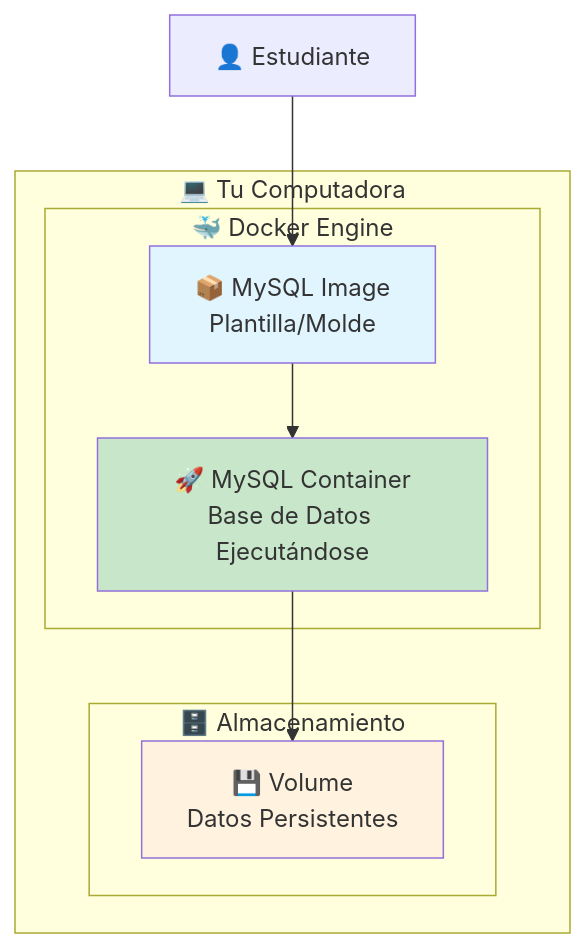
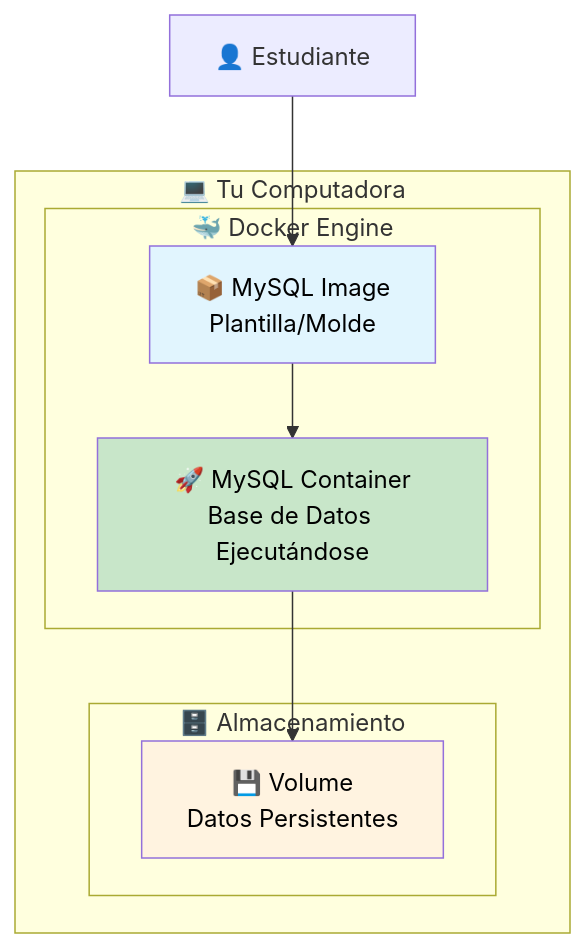
Before and after one commit to ebrenam/itq: the diagram in notes/ITQ-Programación-Distribuida/Unidad 4/teoría/02 - Configuración de Base de Datos MySQL con Docker.md, drawn with Mermaid.

Commit message:
Enhance Docker diagram styles for improved visibility; add text color to diagram elements

````diff
--- a/notes/ITQ-Programación-Distribuida/Unidad 4/teoría/02 - Configuración de Base de Datos MySQL con Docker.md
+++ b/notes/ITQ-Programación-Distribuida/Unidad 4/teoría/02 - Configuración de Base de Datos MySQL con Docker.md
@@ -69,21 +69,21 @@
 ```mermaid
 graph TD
     subgraph "💻 Tu Computadora"
         subgraph "🐳 Docker Engine"
             IMAGE[📦 MySQL Image<br/>Plantilla/Molde]
             CONTAINER[🚀 MySQL Container<br/>Base de Datos Ejecutándose]
         end
         
         subgraph "🗄️ Almacenamiento"
             VOLUME[💾 Volume<br/>Datos Persistentes]
         end
     end
     
     DEVELOPER[👤 Estudiante] --> IMAGE
     IMAGE --> CONTAINER
     CONTAINER --> VOLUME
     
-    style IMAGE fill:#e1f5fe
-    style CONTAINER fill:#c8e6c9
-    style VOLUME fill:#fff3e0
+    style IMAGE fill:#e1f5fe, color:#000000
+    style CONTAINER fill:#c8e6c9, color:#000000
+    style VOLUME fill:#fff3e0, color:#000000
 ```
````
